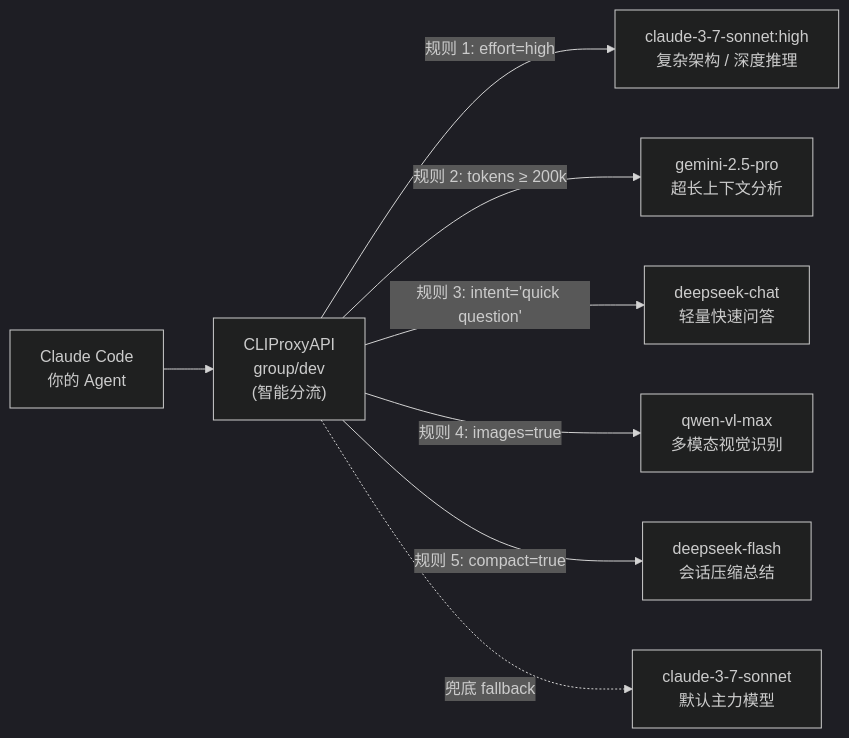
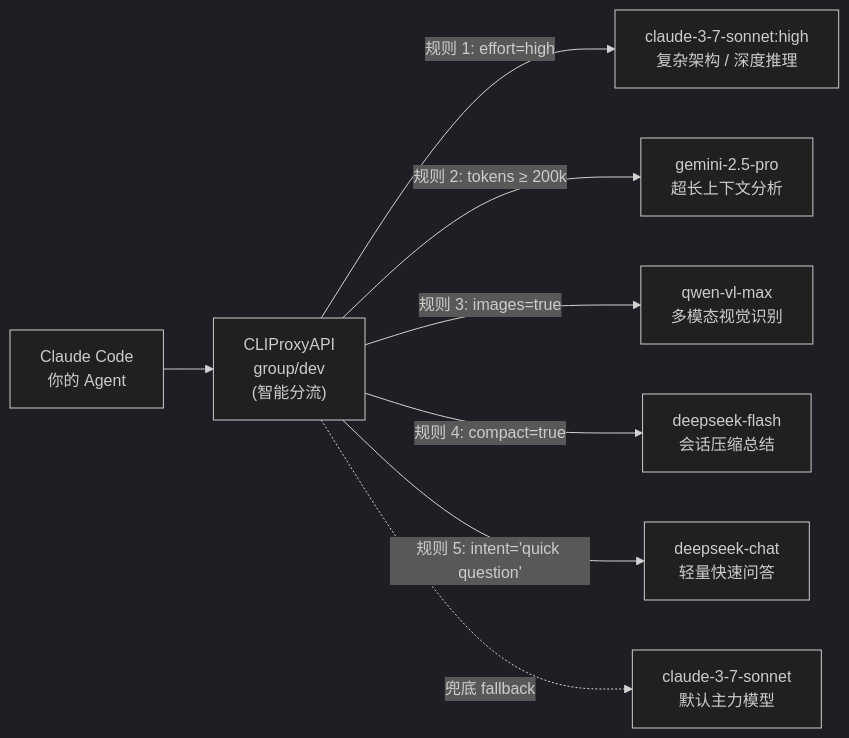
One commit to claude-forward/cpa-intent-router changed the diagram in README.md. Above: the diagram before and after it, drawn with Mermaid (dark theme). The commit also changed other lines of this file and 3 other files, not shown here.

First line of the commit message:
refactor(router): 将 intent 意图规则后置并实现惰性小模型判定

````diff
--- a/README.md
+++ b/README.md
@@ -9,11 +9,11 @@
 ```mermaid
 flowchart LR
     A["Claude Code<br/>你的 Agent"] --> B["CLIProxyAPI<br/>group/dev<br/>(智能分流)"]
 
     B -->|"规则 1: effort=high"| M1["claude-3-7-sonnet:high<br/>复杂架构 / 深度推理"]
     B -->|"规则 2: tokens ≥ 200k"| M2["gemini-2.5-pro<br/>超长上下文分析"]
-    B -->|"规则 3: intent='quick question'"| M3["deepseek-chat<br/>轻量快速问答"]
-    B -->|"规则 4: images=true"| M4["qwen-vl-max<br/>多模态视觉识别"]
-    B -->|"规则 5: compact=true"| M5["deepseek-flash<br/>会话压缩总结"]
+    B -->|"规则 3: images=true"| M3["qwen-vl-max<br/>多模态视觉识别"]
+    B -->|"规则 4: compact=true"| M4["deepseek-flash<br/>会话压缩总结"]
+    B -->|"规则 5: intent='quick question'"| M5["deepseek-chat<br/>轻量快速问答"]
     B -.->|"兜底 fallback"| M0["claude-3-7-sonnet<br/>默认主力模型"]
 ```
````
